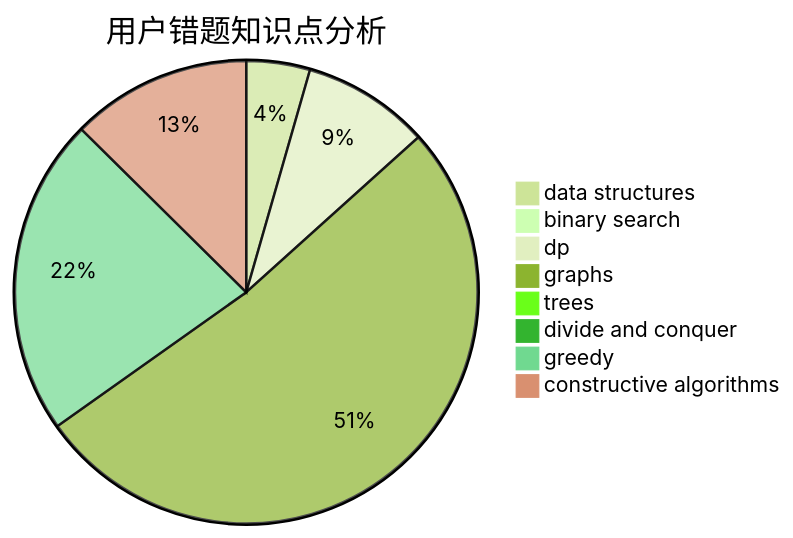
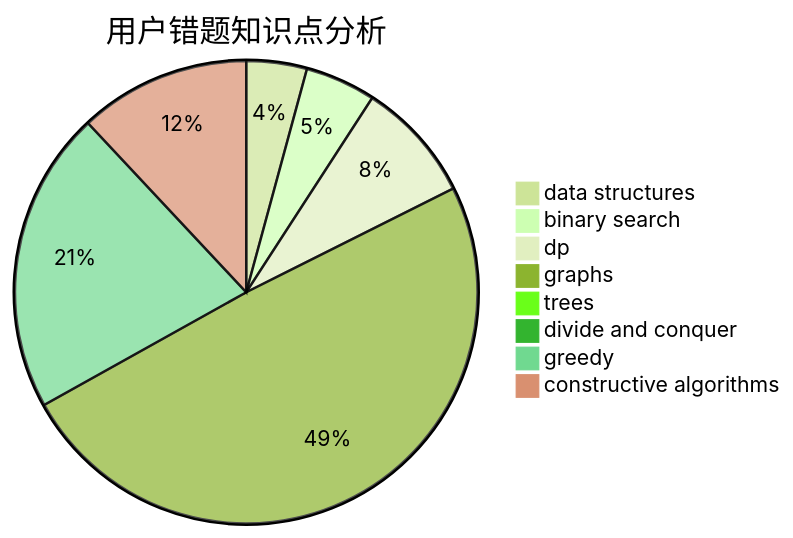
One commit to sherpahu/cfrs.github.io changed the third of 3 diagrams in docs/user/u2484.md. Above: the diagram before and after it, drawn with Mermaid (forest theme). The commit also changed other lines of this file and 2770 other files, not shown here.

````diff
--- a/docs/user/u2484.md
+++ b/docs/user/u2484.md
@@ -36,11 +36,11 @@
 ```mermaid
 pie title 用户错题知识点分析
     "data structures" :  6
-    "binary search" :  1
+    "binary search" :  7
     "dp" :  12
     "graphs" :  70
     "trees" :  0
     "divide and conquer" :  0
     "greedy" :  30
     "constructive algorithms" :  17
 ```
````
